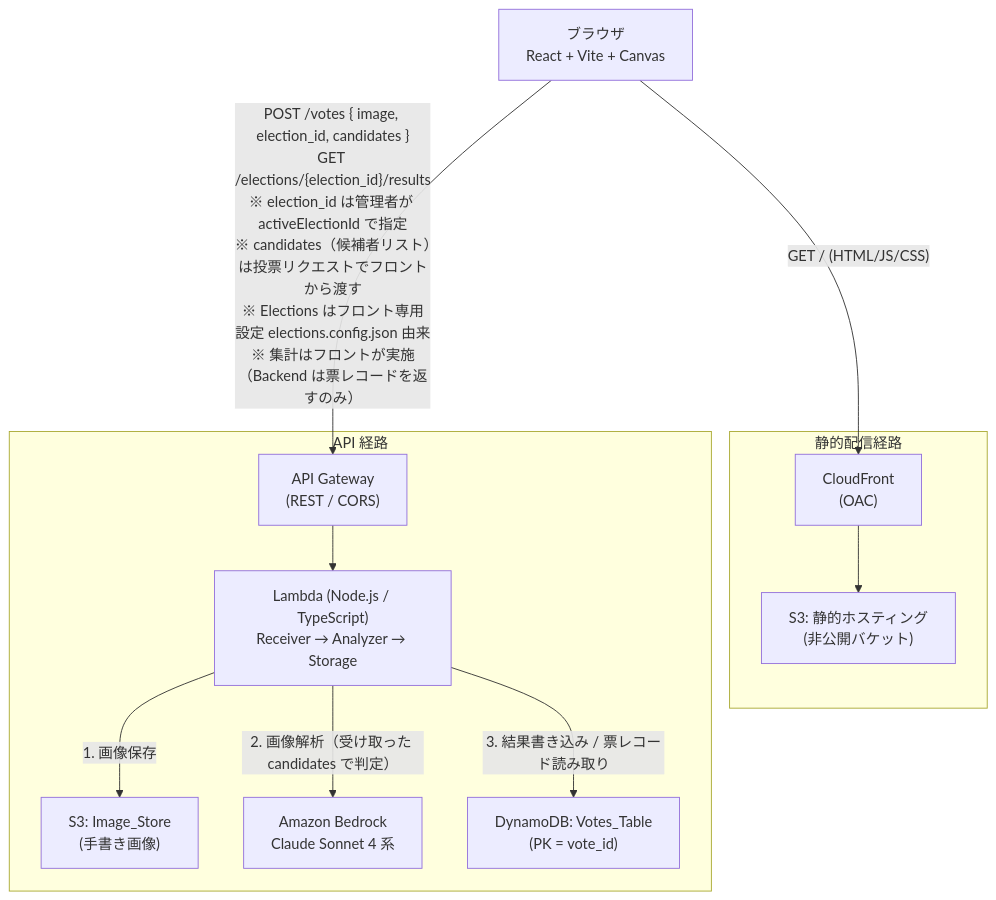
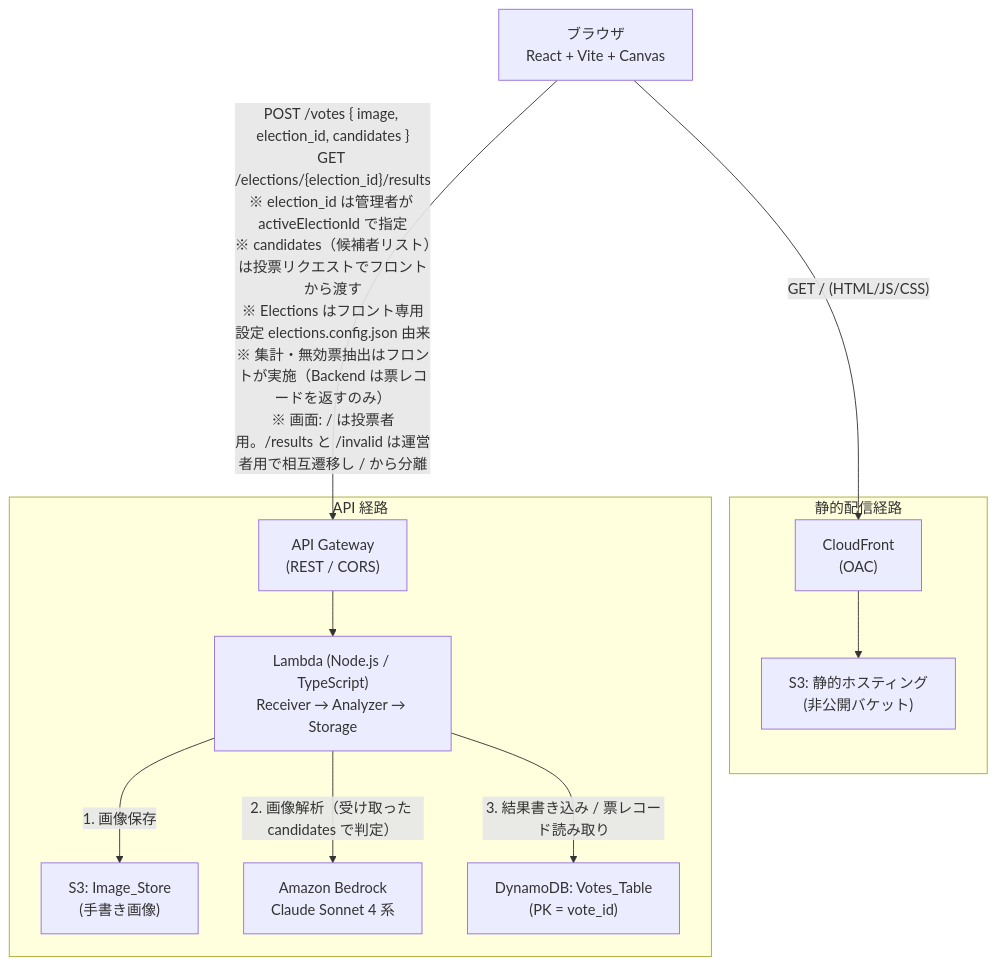
One commit to m-kotaro/tegaki-vote-app changed the first of 2 diagrams in .kiro/specs/tegaki-vote-app/design.md. Above: the diagram before and after it, drawn with Mermaid. The commit also changed other lines of this file and 12 other files, not shown here.

````diff
--- a/.kiro/specs/tegaki-vote-app/design.md
+++ b/.kiro/specs/tegaki-vote-app/design.md
@@ -38,26 +38,26 @@
 ```mermaid
 flowchart TD
     Browser["ブラウザ<br/>React + Vite + Canvas"]
 
     subgraph Static["静的配信経路"]
         CF["CloudFront<br/>(OAC)"]
         S3Web["S3: 静的ホスティング<br/>(非公開バケット)"]
     end
 
     subgraph APIPath["API 経路"]
         APIGW["API Gateway<br/>(REST / CORS)"]
         Lambda["Lambda (Node.js / TypeScript)<br/>Receiver → Analyzer → Storage"]
         S3Img["S3: Image_Store<br/>(手書き画像)"]
         Bedrock["Amazon Bedrock<br/>Claude Sonnet 4 系"]
         DDB["DynamoDB: Votes_Table<br/>(PK = vote_id)"]
     end
 
     Browser -->|"GET / (HTML/JS/CSS)"| CF
     CF --> S3Web
 
-    Browser -->|"POST /votes { image, election_id, candidates }<br/>GET /elections/{election_id}/results<br/>※ election_id は管理者が activeElectionId で指定<br/>※ candidates（候補者リスト）は投票リクエストでフロントから渡す<br/>※ Elections はフロント専用設定 elections.config.json 由来<br/>※ 集計はフロントが実施（Backend は票レコードを返すのみ）"| APIGW
+    Browser -->|"POST /votes { image, election_id, candidates }<br/>GET /elections/{election_id}/results<br/>※ election_id は管理者が activeElectionId で指定<br/>※ candidates（候補者リスト）は投票リクエストでフロントから渡す<br/>※ Elections はフロント専用設定 elections.config.json 由来<br/>※ 集計・無効票抽出はフロントが実施（Backend は票レコードを返すのみ）<br/>※ 画面: / は投票者用。/results と /invalid は運営者用で相互遷移し / から分離"| APIGW
     APIGW --> Lambda
     Lambda -->|"1. 画像保存"| S3Img
     Lambda -->|"2. 画像解析（受け取った candidates で判定）"| Bedrock
     Lambda -->|"3. 結果書き込み / 票レコード読み取り"| DDB
 ```
````
